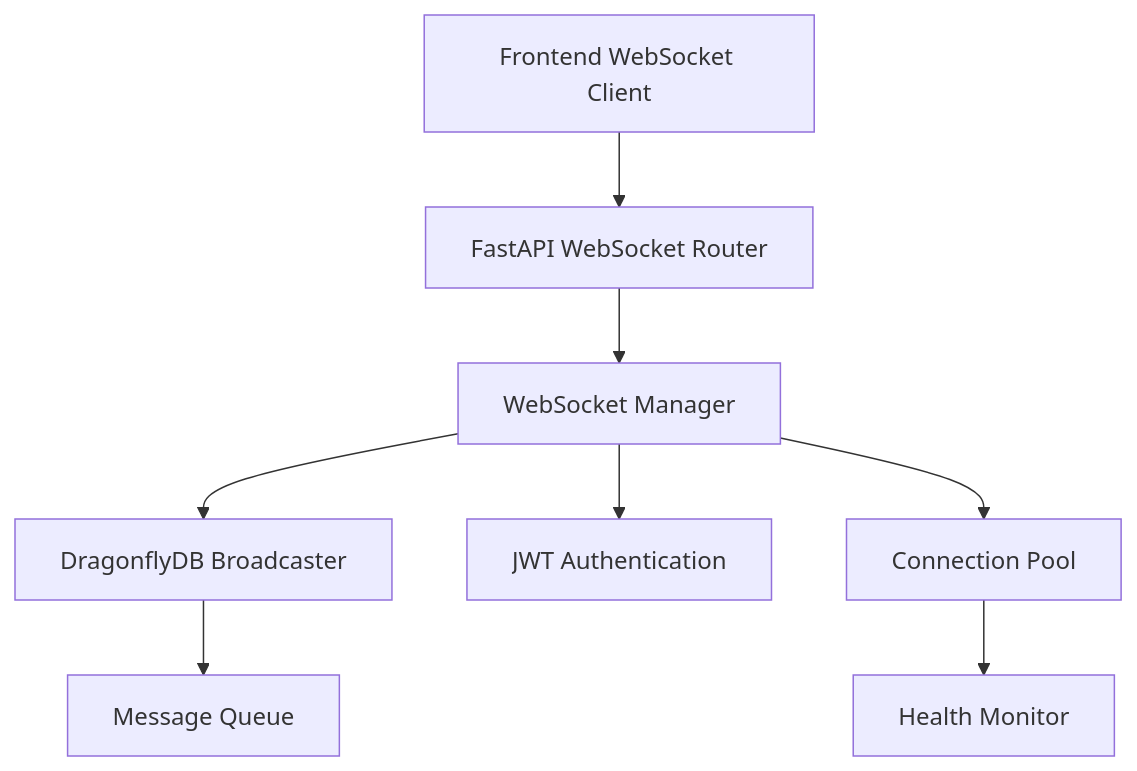
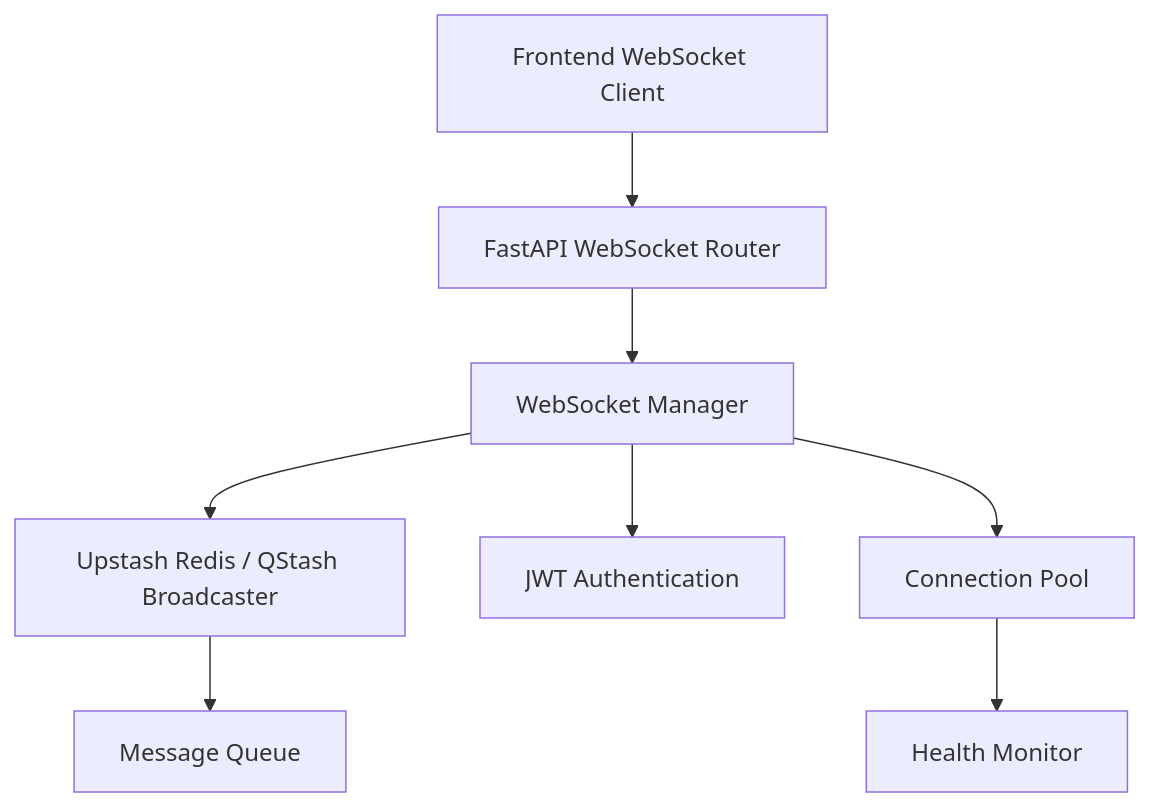
The diagram in docs/architecture/websocket-infrastructure.md (BjornMelin/tripsage-ai), drawn with Mermaid before and after one commit. The commit also changed other lines of this file and 14 other files, not shown here.

First line of the commit message:
chore: migrate from DragonflyDB to Upstash Redis for caching

````diff
--- a/docs/architecture/websocket-infrastructure.md
+++ b/docs/architecture/websocket-infrastructure.md
@@ -37,10 +37,10 @@
 ```mermaid
 graph TD
     A[Frontend WebSocket Client] --> B[FastAPI WebSocket Router]
     B --> C[WebSocket Manager]
-    C --> D[DragonflyDB Broadcaster]
+    C --> D[Upstash Redis / QStash Broadcaster]
     C --> E[JWT Authentication]
     C --> F[Connection Pool]
     D --> G[Message Queue]
     F --> H[Health Monitor]
 ```
````
